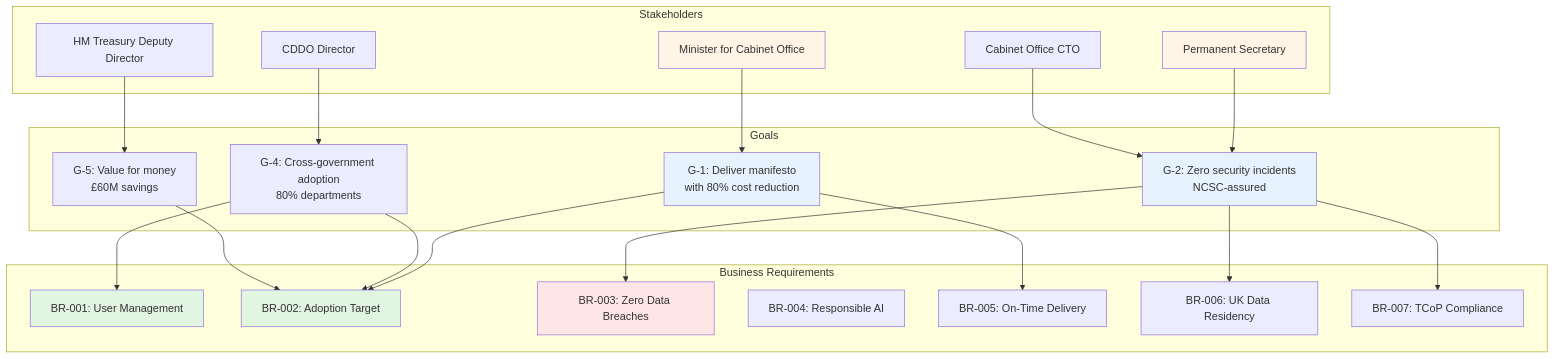
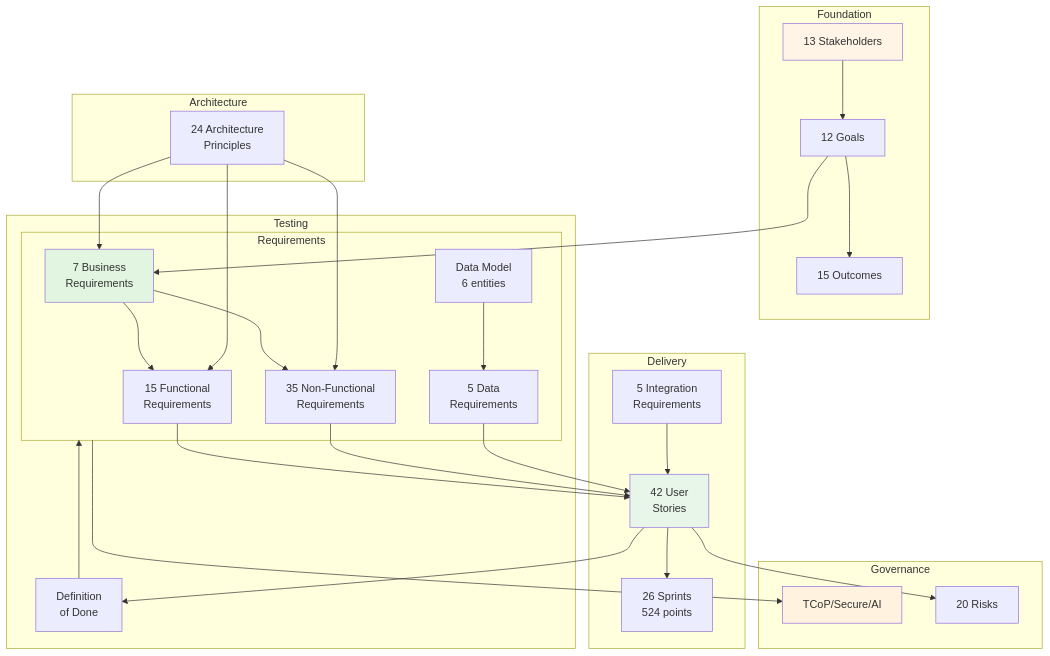
One commit to tractorjuice/arckit-test-project-v8-cabinet-office-genai changed the seventh of 10 diagrams in projects/001-cabinet-office-genai/PROJECT-STORY.md. Above: the diagram before and after it, drawn with Mermaid. The commit also changed other lines of this file, not shown here.

First line of the commit message:
feat: PROJECT-STORY.md v4.0 - comprehensive project narrative with timeline analysis

````diff
--- a/projects/001-cabinet-office-genai/PROJECT-STORY.md
+++ b/projects/001-cabinet-office-genai/PROJECT-STORY.md
@@ -400,50 +680,43 @@
 ```mermaid
-graph TD
-    subgraph Stakeholders
-        S1[Minister for Cabinet Office]
-        S2[Permanent Secretary]
-        S3[Cabinet Office CTO]
-        S4[CDDO Director]
-        S5[HM Treasury Deputy Director]
+flowchart TD
+    subgraph Foundation
+        Stakeholders[13 Stakeholders] --> Goals[12 Goals]
+        Goals --> Outcomes[15 Outcomes]
     end
 
-    subgraph Goals
-        G1[G-1: Deliver manifesto<br/>with 80% cost reduction]
-        G2[G-2: Zero security incidents<br/>NCSC-assured]
-        G4[G-4: Cross-government adoption<br/>80% departments]
-        G5[G-5: Value for money<br/>£60M savings]
+    subgraph Requirements
+        Goals --> BR[7 Business<br/>Requirements]
+        BR --> FR[15 Functional<br/>Requirements]
+        BR --> NFR[35 Non-Functional<br/>Requirements]
+        DataModel[Data Model<br/>6 entities] --> DR[5 Data<br/>Requirements]
     end
 
-    subgraph Business Requirements
-        BR1[BR-001: User Management]
-        BR2[BR-002: Adoption Target]
-        BR3[BR-003: Zero Data Breaches]
-        BR4[BR-004: Responsible AI]
-        BR5[BR-005: On-Time Delivery]
-        BR6[BR-006: UK Data Residency]
-        BR7[BR-007: TCoP Compliance]
+    subgraph Architecture
+        Principles[24 Architecture<br/>Principles] --> BR
+        Principles --> FR
+        Principles --> NFR
     end
 
-    S1 --> G1
-    S2 --> G2
-    S3 --> G2
-    S4 --> G4
-    S5 --> G5
+    subgraph Delivery
+        FR --> Stories[42 User<br/>Stories]
+        NFR --> Stories
+        INT[5 Integration<br/>Requirements] --> Stories
+        DR --> Stories
+        Stories --> Sprints[26 Sprints<br/>524 points]
+    end
 
-    G1 --> BR2
-    G1 --> BR5
-    G2 --> BR3
-    G2 --> BR6
-    G2 --> BR7
-    G4 --> BR1
-    G4 --> BR2
-    G5 --> BR2
+    subgraph Testing
+        Stories --> Tests[Definition<br/>of Done]
+        Tests --> Requirements
+    end
 
-    style S1 fill:#fff4e6
-    style S2 fill:#fff4e6
-    style G1 fill:#e6f3ff
-    style G2 fill:#e6f3ff
-    style BR1 fill:#e1f5e1
-    style BR2 fill:#e1f5e1
-    style BR3 fill:#ffe6e6
+    subgraph Governance
+        Requirements --> Compliance[TCoP/Secure/AI]
+        Stories --> Risks[20 Risks]
+    end
+
+    style Stakeholders fill:#fff4e6
+    style BR fill:#e1f5e1
+    style Stories fill:#e8f5e9
+    style Compliance fill:#fff3e0
 ```
````
